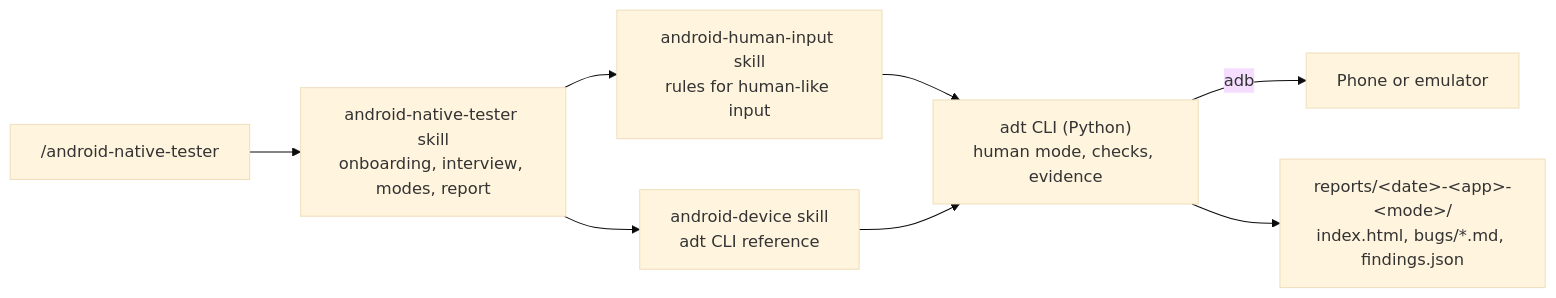
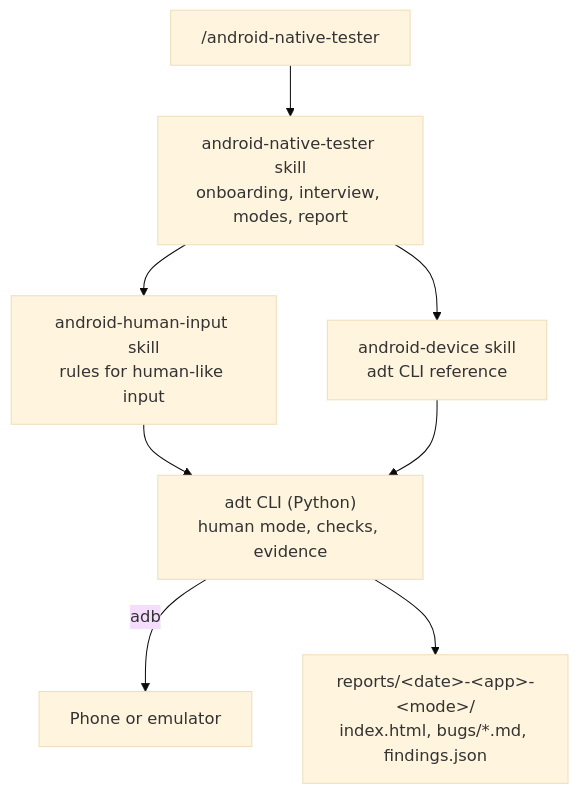
Before and after one commit to ilivinskyi/android-tester: the diagram in README.md, drawn with Mermaid (base theme).

Commit message:
Draw README diagram top-down for narrow screens

````diff
--- a/README.md
+++ b/README.md
@@ -61,10 +61,10 @@
 ```mermaid
-flowchart LR
+flowchart TD
     U["/android-native-tester"] --> A["android-native-tester skill<br/>onboarding, interview, modes, report"]
     A --> H["android-human-input skill<br/>rules for human-like input"]
     A --> D["android-device skill<br/>adt CLI reference"]
     H --> C["adt CLI (Python)<br/>human mode, checks, evidence"]
     D --> C
     C -->|adb| P["Phone or emulator"]
     C --> R["reports/&lt;date&gt;-&lt;app&gt;-&lt;mode&gt;/<br/>index.html, bugs/*.md, findings.json"]
 ```
````
